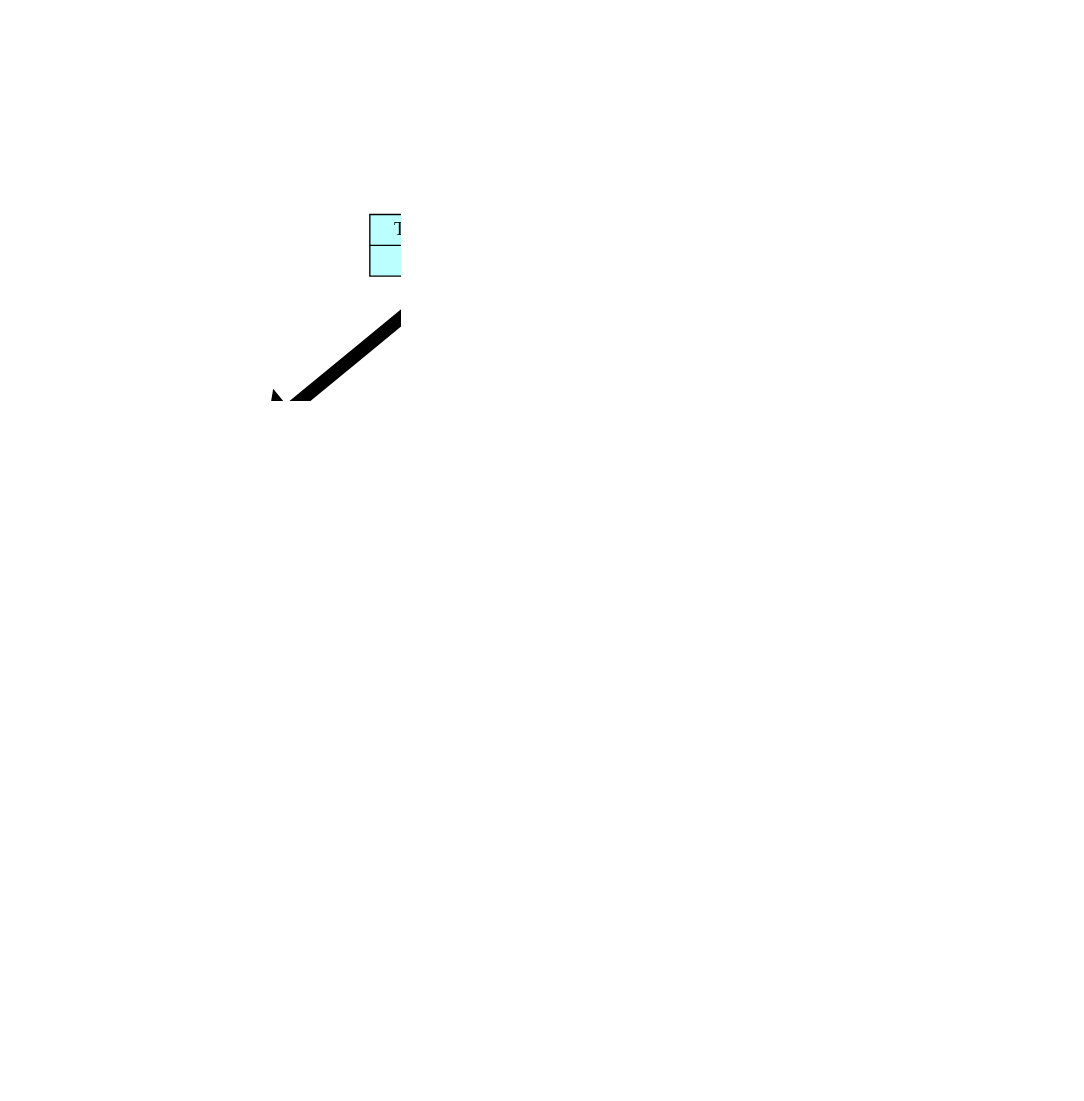
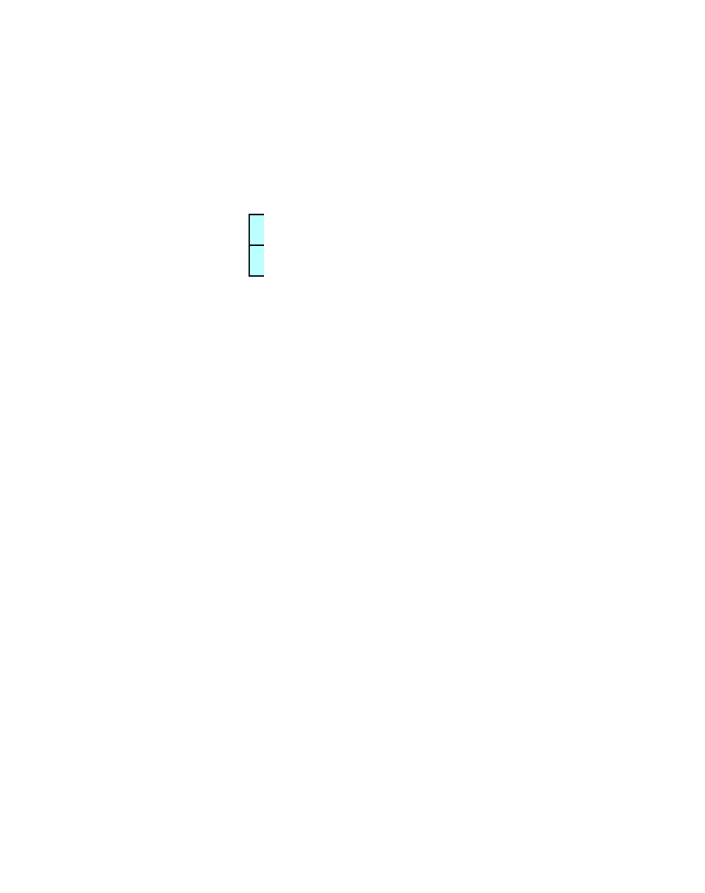
One commit to Troll0ton/Differentiator changed the diagram in dump/list_graph.dot. Above: the diagram before and after it, drawn with Graphviz. The commit also changed 88 other files, not shown here.

```diff
--- a/dump/list_graph.dot
+++ b/dump/list_graph.dot
@@ -1,50 +1,29 @@
 digraph structs {    
 rankdir = TB;        
 graph [dpi = 200];   
 ranksep = 1.5;       
 edge[penwidth = 10]; 
 cell0 [style = filled, color = black, shape=record, 
 fillcolor = paleturquoise1, label = " { <ptr> TYPE: OPERATION (1) | +} " ];                         
 cell1 [style = filled, color = black, shape=record, 
 fillcolor = paleturquoise1, label = " { <ptr> TYPE: OPERATION (2) | *} " ];                         
 cell2 [style = filled, color = black, shape=record, 
 fillcolor = paleturquoise1, label = " { <ptr> TYPE: OPERATION (2) | *} " ];                         
 cell3 [style = filled, color = black, shape=record, 
 fillcolor = coral2, label = " { <ptr> TYPE: NUMERIC (4) | -1} " ];                         
 cell4 [style = filled, color = black, shape=record, 
 fillcolor = paleturquoise1, label = " { <ptr> TYPE: OPERATION (4) | sin} " ];                         
 cell5 [style = filled, color = black, shape=record, 
-fillcolor = paleturquoise1, label = " { <ptr> TYPE: OPERATION (2) | *} " ];                         
+fillcolor = coral2, label = " { <ptr> TYPE: NUMERIC (4) | 32} " ];                         
 cell6 [style = filled, color = black, shape=record, 
-fillcolor = darkolivegreen2, label = " { <ptr> TYPE: VARIABLE (4) | x} " ];                         
+fillcolor = coral2, label = " { <ptr> TYPE: NUMERIC (4) | 0} " ];                         
 cell7 [style = filled, color = black, shape=record, 
-fillcolor = coral2, label = " { <ptr> TYPE: NUMERIC (4) | 133} " ];                         
-cell8 [style = filled, color = black, shape=record, 
-fillcolor = coral2, label = " { <ptr> TYPE: NUMERIC (4) | 133} " ];                         
-cell9 [style = filled, color = black, shape=record, 
-fillcolor = paleturquoise1, label = " { <ptr> TYPE: OPERATION (2) | *} " ];                         
-cell10 [style = filled, color = black, shape=record, 
-fillcolor = paleturquoise1, label = " { <ptr> TYPE: OPERATION (4) | cos} " ];                         
-cell11 [style = filled, color = black, shape=record, 
-fillcolor = paleturquoise1, label = " { <ptr> TYPE: OPERATION (2) | *} " ];                         
-cell12 [style = filled, color = black, shape=record, 
-fillcolor = darkolivegreen2, label = " { <ptr> TYPE: VARIABLE (4) | x} " ];                         
-cell13 [style = filled, color = black, shape=record, 
-fillcolor = coral2, label = " { <ptr> TYPE: NUMERIC (4) | 133} " ];                         
-cell14 [style = filled, color = black, shape=record, 
-fillcolor = coral2, label = " { <ptr> TYPE: NUMERIC (4) | 133} " ];                         
+fillcolor = coral2, label = " { <ptr> TYPE: NUMERIC (4) | 0} " ];                         
 cell0 -> cell1;
 cell1 -> cell2;
 cell2 -> cell3;
 cell2 -> cell4;
 cell4 -> cell5;
-cell5 -> cell6;
-cell5 -> cell7;
-cell1 -> cell8;
-cell0 -> cell9;
-cell9 -> cell10;
-cell10 -> cell11;
-cell11 -> cell12;
-cell11 -> cell13;
-cell9 -> cell14;
+cell1 -> cell6;
+cell0 -> cell7;
 }
```
